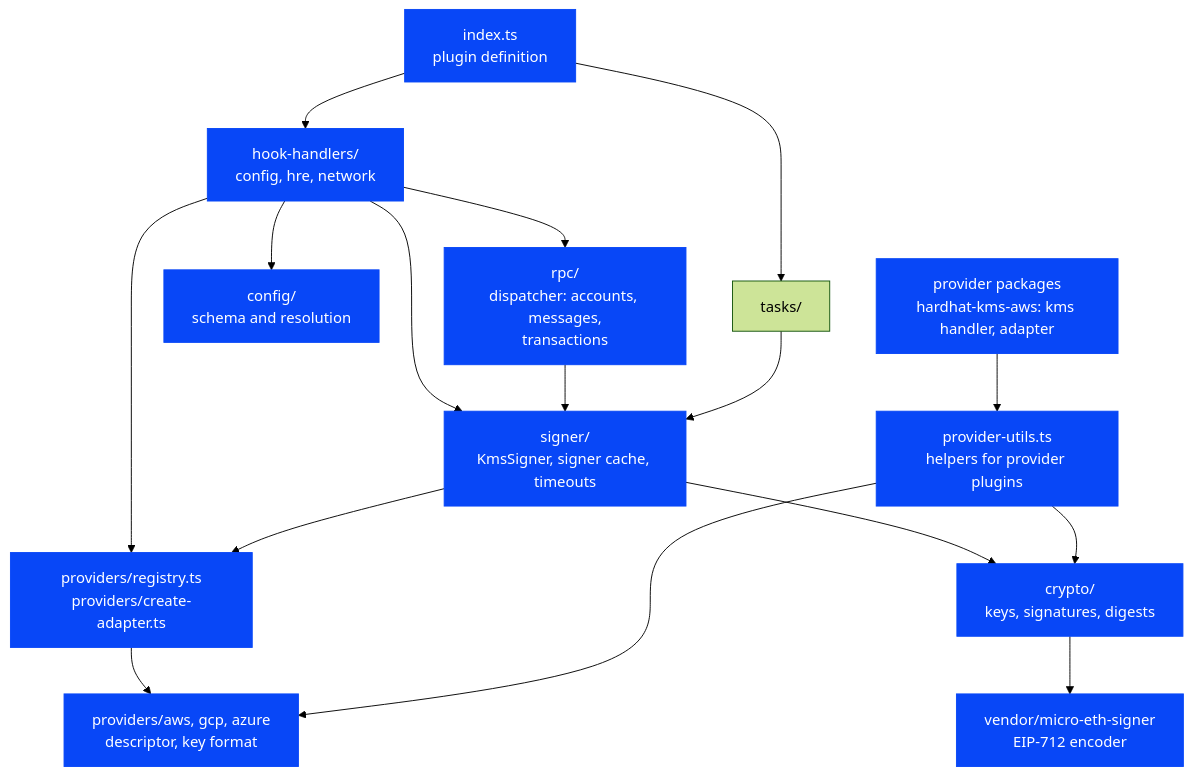
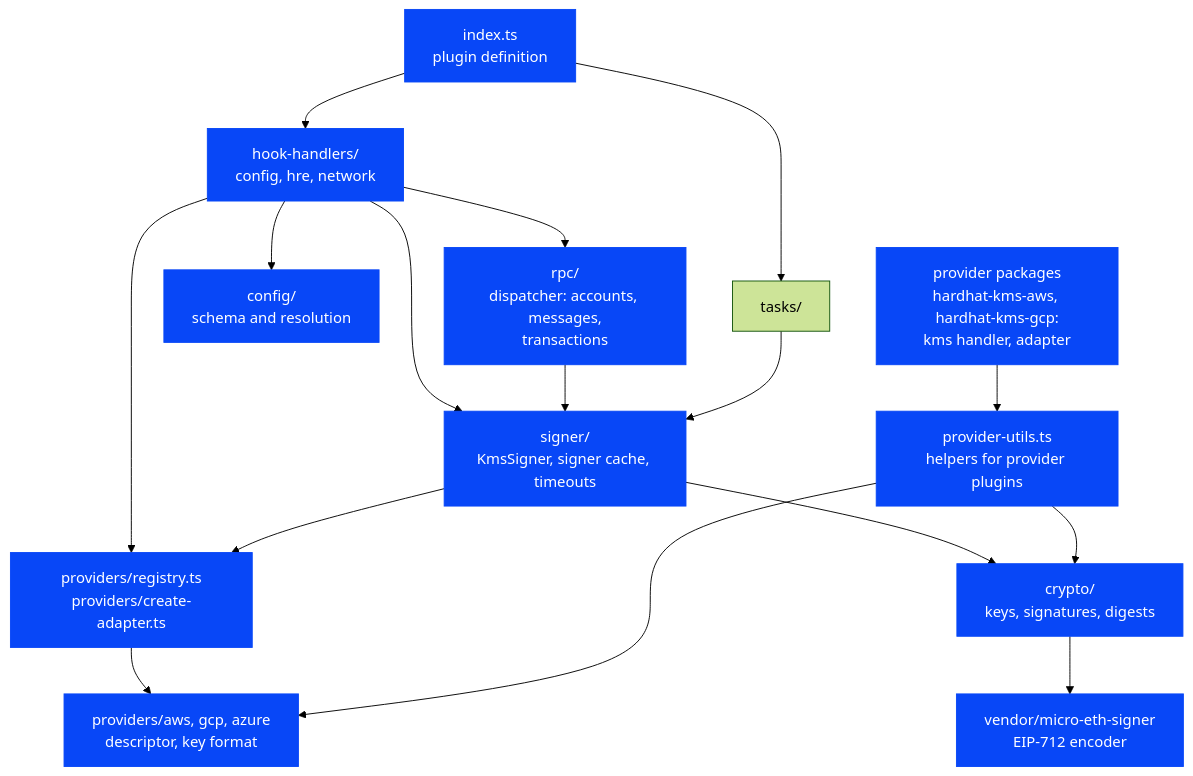
One commit to aelmanaa/hardhat-kms changed the first of 3 diagrams in docs/contributor/architecture.md. Above: the diagram before and after it, drawn with Mermaid (forest theme). The commit also changed other lines of this file and 50 other files, not shown here.

First line of the commit message:
feat: add the Google Cloud KMS provider package hardhat-kms-gcp (#130)

````diff
--- a/docs/contributor/architecture.md
+++ b/docs/contributor/architecture.md
@@ -11,20 +11,20 @@
 ```mermaid
 flowchart TD
   index["index.ts<br/>plugin definition"] --> hooks["hook-handlers/<br/>config, hre, network"]
   index --> tasks["tasks/"]
   hooks --> config["config/<br/>schema and resolution"]
   hooks --> registry["providers/registry.ts<br/>providers/create-adapter.ts"]
   hooks --> rpc["rpc/<br/>dispatcher: accounts, messages,<br/>transactions"]
   hooks --> signer
   rpc --> signer["signer/<br/>KmsSigner, signer cache, timeouts"]
   signer --> registry
   tasks --> signer
   registry --> descriptors["providers/aws, gcp, azure<br/>descriptor, key format"]
   signer --> crypto["crypto/<br/>keys, signatures, digests"]
-  packages["provider packages<br/>hardhat-kms-aws: kms handler, adapter"] --> utils["provider-utils.ts<br/>helpers for provider plugins"]
+  packages["provider packages<br/>hardhat-kms-aws, hardhat-kms-gcp:<br/>kms handler, adapter"] --> utils["provider-utils.ts<br/>helpers for provider plugins"]
   utils --> crypto
   utils --> descriptors
   crypto --> vendor["vendor/micro-eth-signer<br/>EIP-712 encoder"]
   classDef done fill:#0847F7,color:#fff,stroke:#0847F7
   class index,hooks,rpc,crypto,signer,vendor,config,registry,descriptors,packages,utils done
 ```
````
